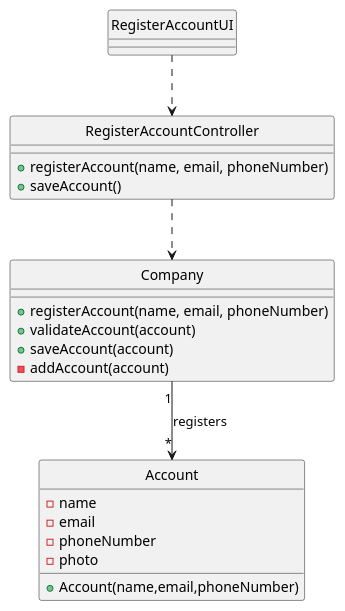
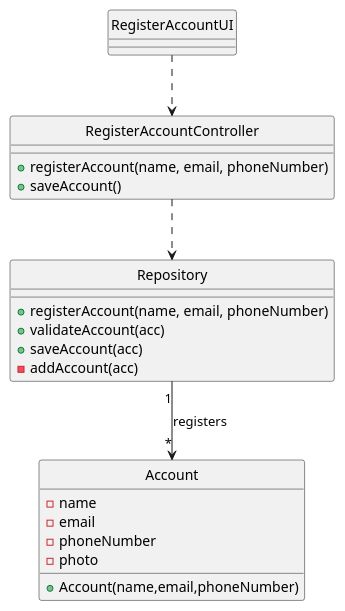
Before and after one commit to Loracline/project_switch_22-23: the diagram in docs/modelling_design/user_stories/us002/US002_Class_Diagram.puml, drawn with PlantUML. The commit also changed 2 other files, not shown here.

Commit message:
Modelling Design | US002 | Update Class Diagram | Nomenclature

```diff
--- a/docs/modelling_design/user_stories/us002/US002_Class_Diagram.puml
+++ b/docs/modelling_design/user_stories/us002/US002_Class_Diagram.puml
@@ -1,36 +1,36 @@
 @startuml
 'https://plantuml.com/class-diagram
 
 class "RegisterAccountUI"{
 }
 
 class "RegisterAccountController" {
 +registerAccount(name, email, phoneNumber)
 +saveAccount()
 }
 
-class "Company" {
+class "Repository" {
 +registerAccount(name, email, phoneNumber)
-+validateAccount(account)
-+saveAccount(account)
--addAccount(account)
++validateAccount(acc)
++saveAccount(acc)
+-addAccount(acc)
 }
 
 class "Account" {
 -name
 -email
 -phoneNumber
 -photo
 +Account(name,email,phoneNumber)
 }
 
 hide "Account" circle
 hide "RegisterAccountController" circle
 hide "RegisterAccountUI" circle
-hide "Company" circle
+hide "Repository" circle
 
 "RegisterAccountUI" ..>  "RegisterAccountController"
-"RegisterAccountController" ..>  "Company"
-"Company" "1" --> "*" "Account": registers
+"RegisterAccountController" ..>  "Repository"
+"Repository" "1" --> "*" "Account": registers
 
 @enduml
```
